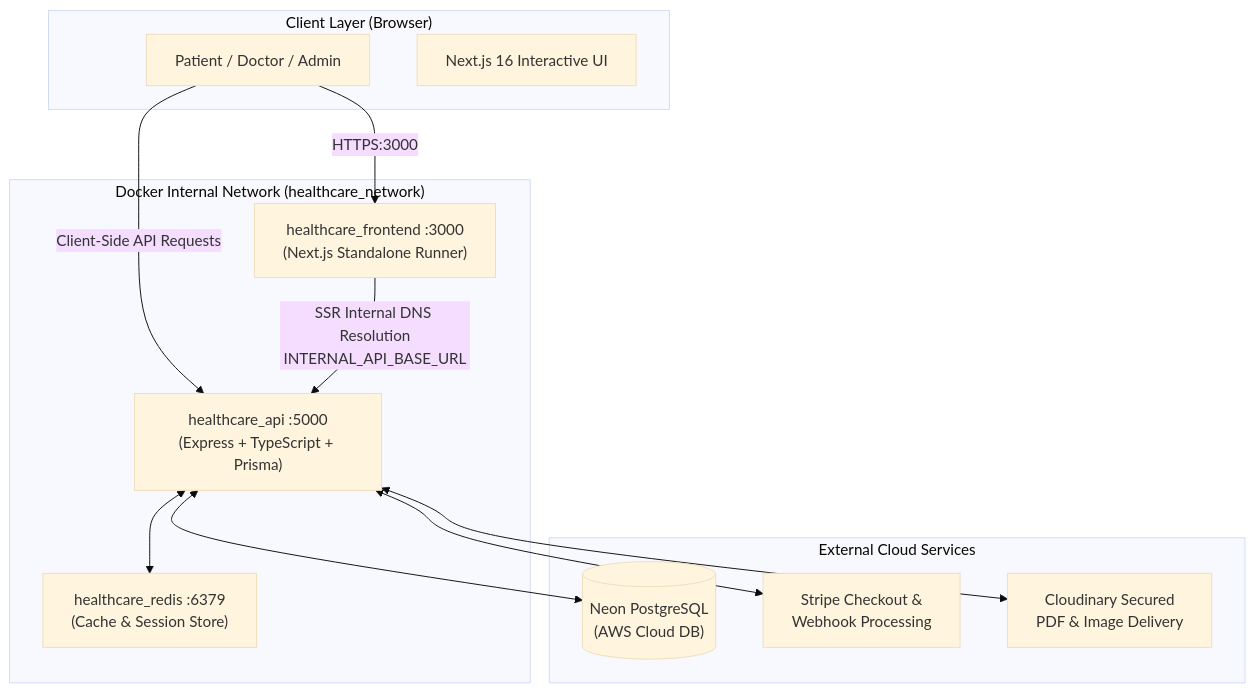
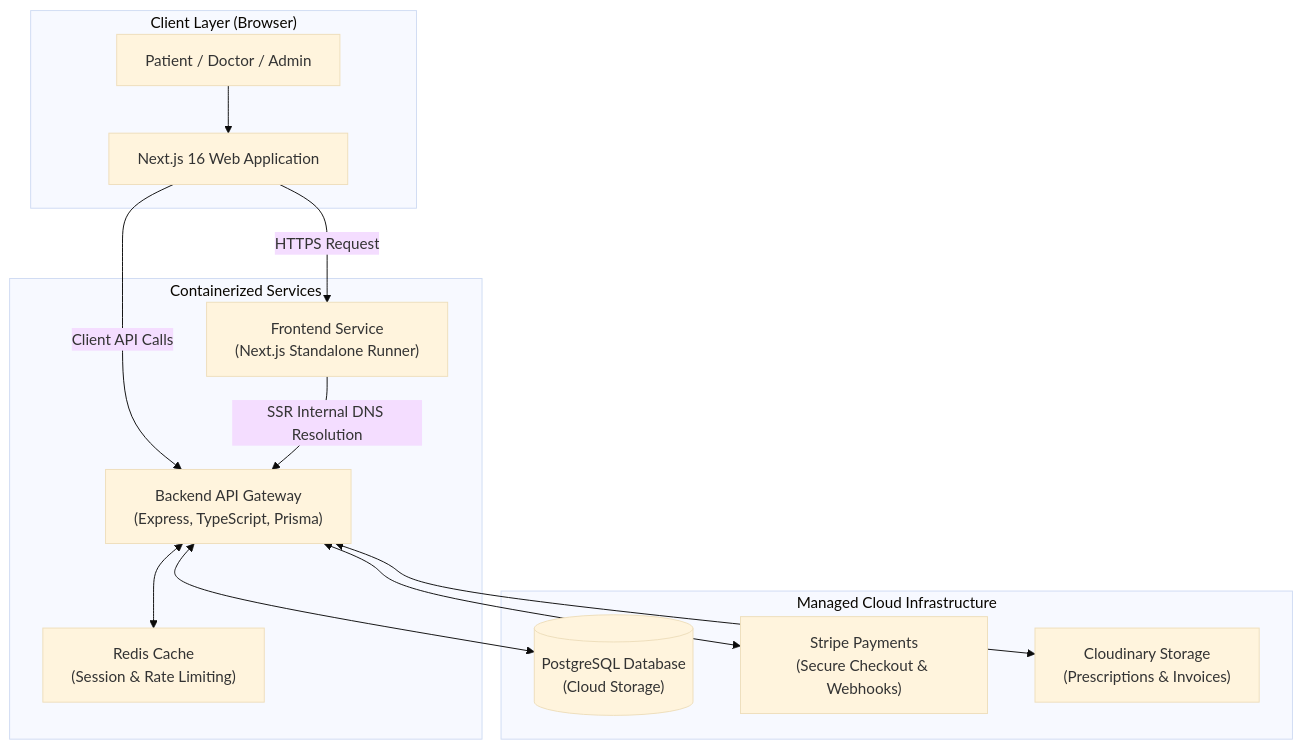
Before and after one commit to alifhossinsajjad/Health-Care-Frontend: the diagram in README.md, drawn with Mermaid (base theme). The commit also changed other lines of this file and 39 other files, not shown here.

Commit message:
fix(docs): sanitize env vars, add .env.example and fix GitHub mermaid diagram syntax

````diff
--- a/README.md
+++ b/README.md
@@ -25,27 +25,28 @@
 ```mermaid
 flowchart TD
-    subgraph Client_Side ["Client Layer (Browser)"]
+    subgraph Client_Layer ["Client Layer (Browser)"]
         User["Patient / Doctor / Admin"]
-        UI["Next.js 16 Interactive UI"]
+        UI["Next.js 16 Web Application"]
     end
 
-    subgraph Docker_Network ["Docker Internal Network (healthcare_network)"]
-        Frontend["healthcare_frontend :3000\n(Next.js Standalone Runner)"]
-        BackendAPI["healthcare_api :5000\n(Express + TypeScript + Prisma)"]
-        RedisCache["healthcare_redis :6379\n(Cache & Session Store)"]
+    subgraph Container_Cluster ["Containerized Services"]
+        Frontend["Frontend Service<br/>(Next.js Standalone Runner)"]
+        BackendAPI["Backend API Gateway<br/>(Express, TypeScript, Prisma)"]
+        RedisCache["Redis Cache<br/>(Session & Rate Limiting)"]
     end
 
-    subgraph External_Services ["External Cloud Services"]
-        NeonDB[("Neon PostgreSQL\n(AWS Cloud DB)")]
-        StripeGateway["Stripe Checkout &\nWebhook Processing"]
-        CloudinaryCDN["Cloudinary Secured\nPDF & Image Delivery"]
+    subgraph Cloud_Infrastructure ["Managed Cloud Infrastructure"]
+        PostgresDB[("PostgreSQL Database<br/>(Cloud Storage)")]
+        StripeGateway["Stripe Payments<br/>(Secure Checkout & Webhooks)"]
+        CloudinaryCDN["Cloudinary Storage<br/>(Prescriptions & Invoices)"]
     end
 
-    User -->|HTTPS:3000| Frontend
-    User -->|Client-Side API Requests| BackendAPI
-    Frontend -->|SSR Internal DNS Resolution\nINTERNAL_API_BASE_URL| BackendAPI
+    User --> UI
+    UI -->|HTTPS Request| Frontend
+    UI -->|Client API Calls| BackendAPI
+    Frontend -->|SSR Internal DNS Resolution| BackendAPI
     BackendAPI <--> RedisCache
-    BackendAPI <--> NeonDB
+    BackendAPI <--> PostgresDB
     BackendAPI <--> StripeGateway
     BackendAPI <--> CloudinaryCDN
 ```
````
